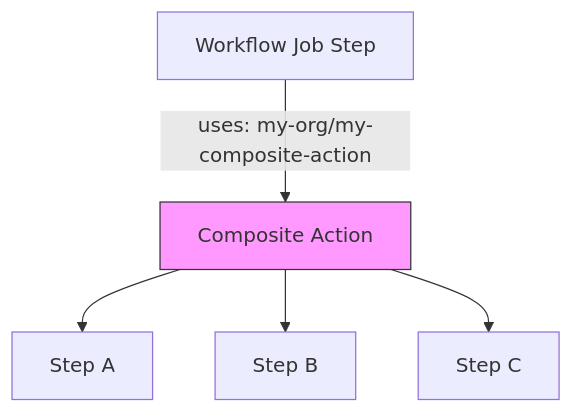
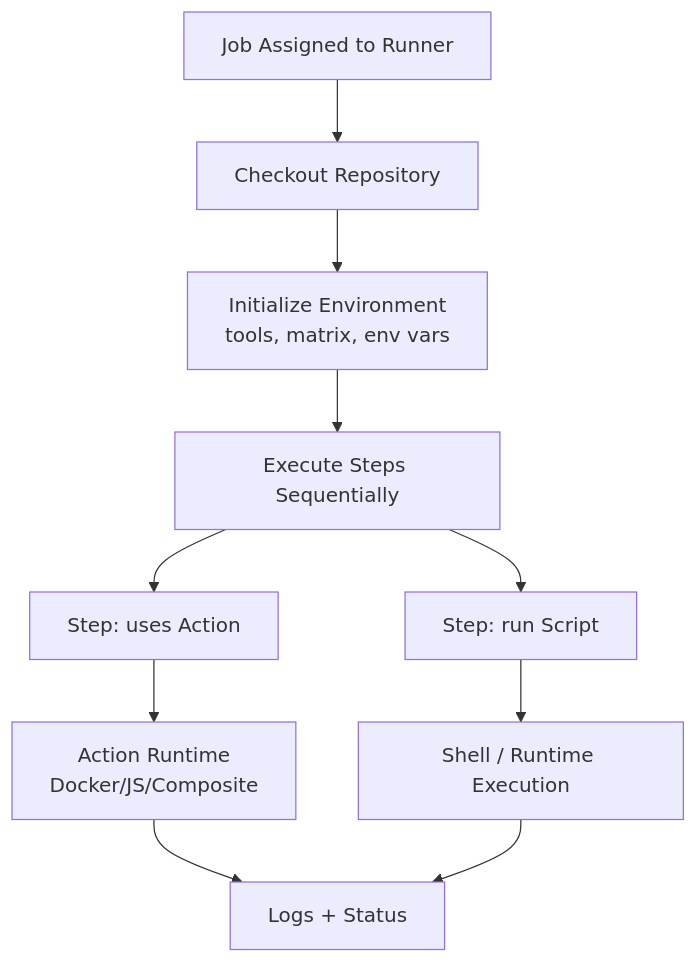
One commit to VishuKalier2003/System-Design-Components changed the ninth of 21 diagrams in Composite/S02-CompositeBuildGraph/case-studies/GitHub-Actions.md. Above: the diagram before and after it, drawn with Mermaid. The commit also changed other lines of this file, not shown here.

````diff
--- a/Composite/S02-CompositeBuildGraph/case-studies/GitHub-Actions.md
+++ b/Composite/S02-CompositeBuildGraph/case-studies/GitHub-Actions.md
@@ -345,9 +280,12 @@
 ```mermaid
-graph TD
-    W[Workflow Job Step] -->|uses: my-org/my-composite-action| CA[Composite Action]
-    CA --> S1[Step A]
-    CA --> S2[Step B]
-    CA --> S3[Step C]
-
-    style CA fill:#f9f,stroke:#333,stroke-width:1px
+flowchart TD
+    A[Job Assigned to Runner] --> B[Checkout Repository]
+    B --> C[Initialize Environment<br/>tools, matrix, env vars]
+    C --> D[Execute Steps Sequentially]
+    D --> E[Step: uses Action]
+    D --> F[Step: run Script]
+    E --> G[Action Runtime<br/>Docker/JS/Composite]
+    F --> H[Shell / Runtime Execution]
+    G --> I[Logs + Status]
+    H --> I
 ```
````
